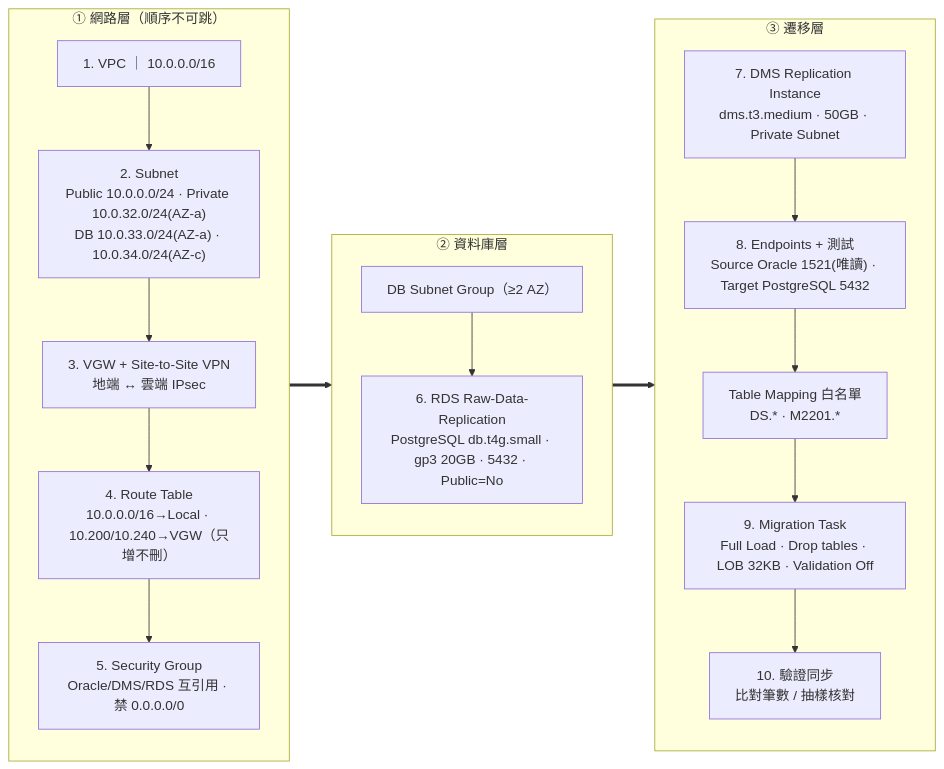
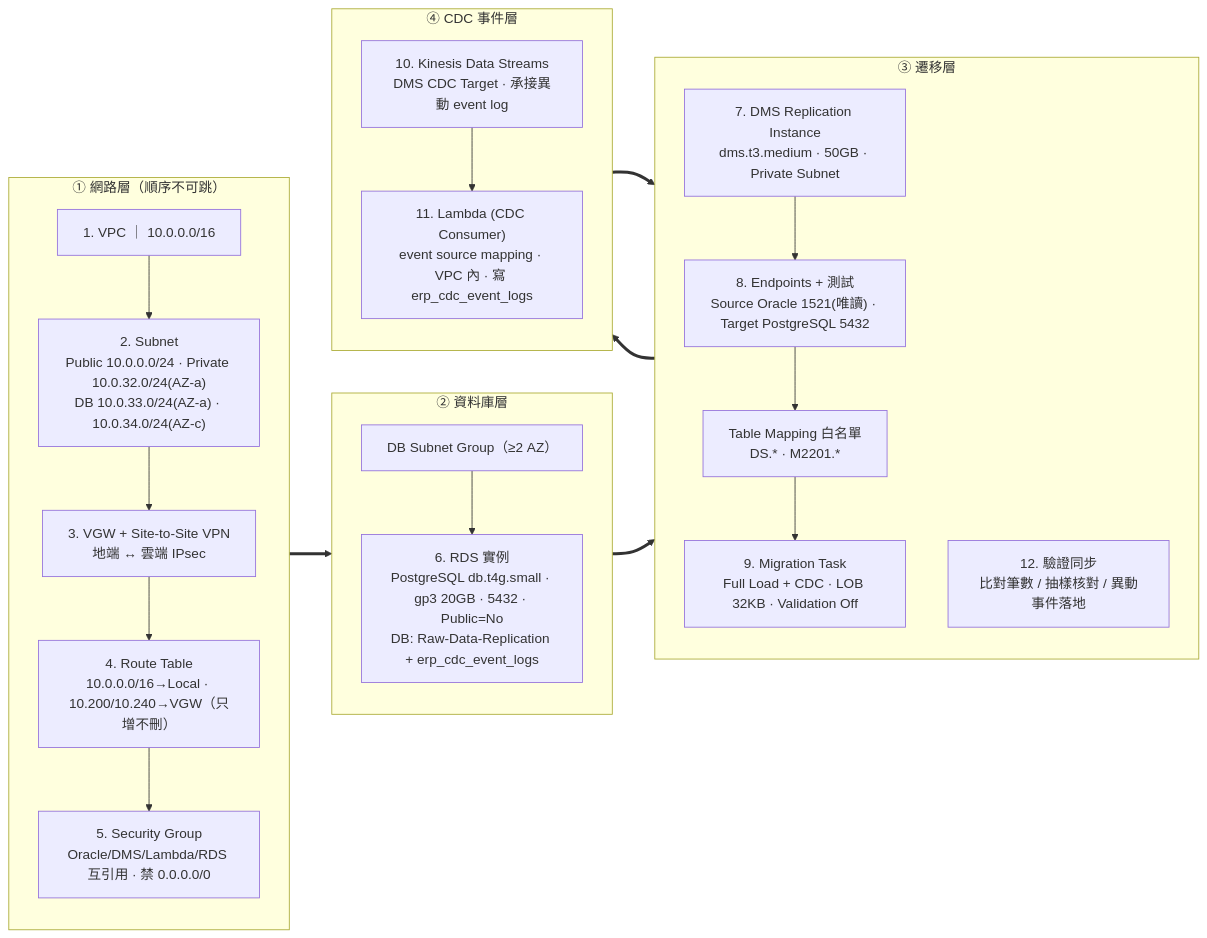
One commit to Jiaye-DF/data-center-etl changed the fifth of 9 diagrams in docs/Arch/aws-to-local-infra-arch.md. Above: the diagram before and after it, drawn with Mermaid. The commit also changed other lines of this file and 38 other files, not shown here.

````diff
--- a/docs/Arch/aws-to-local-infra-arch.md
+++ b/docs/Arch/aws-to-local-infra-arch.md
@@ -334,29 +375,37 @@
 ```mermaid
 flowchart LR
   subgraph NET["① 網路層（順序不可跳）"]
     direction TB
     VPC["1. VPC ｜ 10.0.0.0/16"]
     SUB["2. Subnet<br/>Public 10.0.0.0/24 · Private 10.0.32.0/24(AZ-a)<br/>DB 10.0.33.0/24(AZ-a) · 10.0.34.0/24(AZ-c)"]
     VPN["3. VGW + Site-to-Site VPN<br/>地端 ↔ 雲端 IPsec"]
     RT["4. Route Table<br/>10.0.0.0/16→Local · 10.200/10.240→VGW（只增不刪）"]
-    SG["5. Security Group<br/>Oracle/DMS/RDS 互引用 · 禁 0.0.0.0/0"]
+    SG["5. Security Group<br/>Oracle/DMS/Lambda/RDS 互引用 · 禁 0.0.0.0/0"]
     VPC --> SUB --> VPN --> RT --> SG
   end
   subgraph DBL["② 資料庫層"]
     direction TB
     DBG["DB Subnet Group（≥2 AZ）"]
-    RDS["6. RDS Raw-Data-Replication<br/>PostgreSQL db.t4g.small · gp3 20GB · 5432 · Public=No"]
+    RDS["6. RDS 實例<br/>PostgreSQL db.t4g.small · gp3 20GB · 5432 · Public=No<br/>DB: Raw-Data-Replication + erp_cdc_event_logs"]
     DBG --> RDS
   end
   subgraph MIG["③ 遷移層"]
     direction TB
     DMS["7. DMS Replication Instance<br/>dms.t3.medium · 50GB · Private Subnet"]
     EP["8. Endpoints + 測試<br/>Source Oracle 1521(唯讀) · Target PostgreSQL 5432"]
     TM["Table Mapping 白名單<br/>DS.* · M2201.*"]
-    TASK["9. Migration Task<br/>Full Load · Drop tables · LOB 32KB · Validation Off"]
-    VER["10. 驗證同步<br/>比對筆數 / 抽樣核對"]
-    DMS --> EP --> TM --> TASK --> VER
+    TASK["9. Migration Task<br/>Full Load + CDC · LOB 32KB · Validation Off"]
+    VER["12. 驗證同步<br/>比對筆數 / 抽樣核對 / 異動事件落地"]
+    DMS --> EP --> TM --> TASK
+  end
+  subgraph CDCL["④ CDC 事件層"]
+    direction TB
+    KDS["10. Kinesis Data Streams<br/>DMS CDC Target · 承接異動 event log"]
+    LMB["11. Lambda (CDC Consumer)<br/>event source mapping · VPC 內 · 寫 erp_cdc_event_logs"]
+    KDS --> LMB
   end
   SG ==> DBG
   RDS ==> DMS
+  TASK ==> KDS
+  LMB ==> VER
 ```
````
